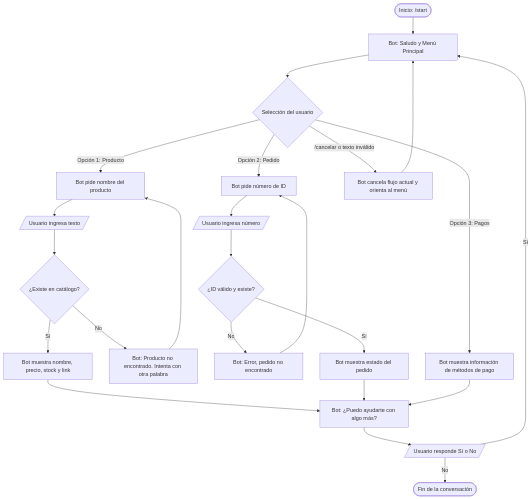
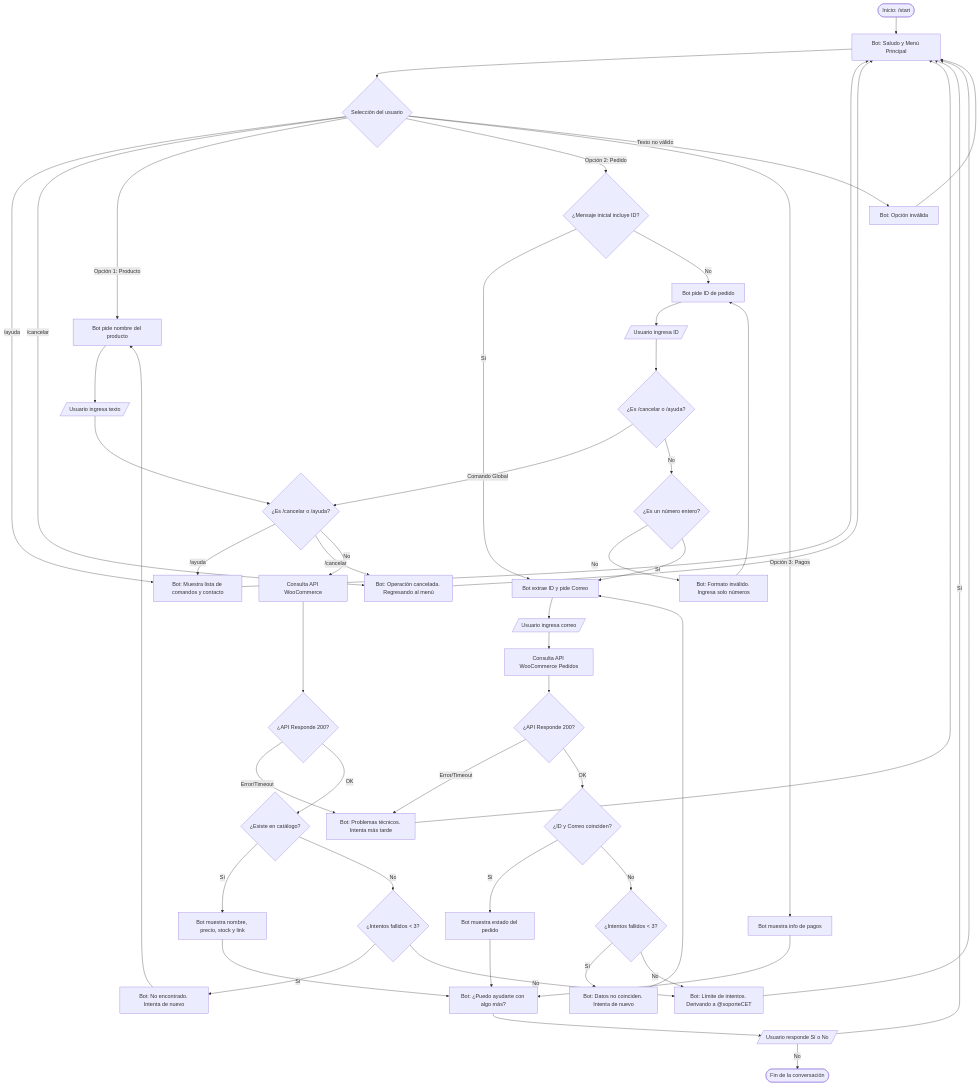
The diagram in docs/diseno-conversacional.md (Comercio-Electronico-2026/chatbot), drawn with Mermaid before and after one commit. The commit also changed other lines of this file, not shown here.

Commit message:
docs: correciones y actualizacion del documento diseño conversacional

````diff
--- a/docs/diseno-conversacional.md
+++ b/docs/diseno-conversacional.md
@@ -78,35 +77,66 @@
 ```mermaid
 flowchart TD
+    %% Inicio y Menú
     A([Inicio: /start]) --> B[Bot: Saludo y Menú Principal]
     B --> C{Selección del usuario}
-    
+
+    %% Comandos Globales
+    C -->|/ayuda| Ayuda[Bot: Muestra lista de comandos y contacto] --> B
+    C -->|/cancelar| O[Bot: Operación cancelada. Regresando al menú] --> B
+
+    %% OPCIÓN 1: PRODUCTOS
     C -->|Opción 1: Producto| D[Bot pide nombre del producto]
     D --> E[/Usuario ingresa texto/]
-    E --> F{¿Existe en catálogo?}
-    F -->|Sí| G[Bot muestra nombre, precio, stock y link]
-    F -->|No| H[Bot: Producto no encontrado. Intenta con otra palabra]
-    H --> D
-    
-    C -->|Opción 2: Pedido| I[Bot pide número de ID]
-    I --> J[/Usuario ingresa número/]
-    J --> K{¿ID válido y existe?}
-    K -->|No| L[Bot: Error, pedido no encontrado]
-    L --> I
-    K -->|Sí| M[Bot muestra estado del pedido]
-    
-    C -->|Opción 3: Pagos| N[Bot muestra información de métodos de pago]
-    
-    C -->|/cancelar o texto inválido| O[Bot cancela flujo actual y orienta al menú]
-    O --> B
-    
-    G --> P[Bot: ¿Puedo ayudarte con algo más?]
-    M --> P
-    N --> P
 
-    
-    P --> Q[/Usuario responde Sí o No/]
+    %% Intercepción Global 1
+    E --> GlobalCheck1{¿Es /cancelar o /ayuda?}
+    GlobalCheck1 -->|/ayuda| Ayuda
+    GlobalCheck1 -->|/cancelar| O
+    GlobalCheck1 -->|No| F_API_Call1[Consulta API WooCommerce]
+
+    %% Validación API Productos
+    F_API_Call1 --> F_API_Status1{¿API Responde 200?}
+    F_API_Status1 -->|Error/Timeout| API_Fail[Bot: Problemas técnicos. Intenta más tarde] --> B
+    F_API_Status1 -->|OK| F{¿Existe en catálogo?}
+
+    F -->|Sí| G[Bot muestra nombre, precio, stock y link] --> P
+    F -->|No| H_Count1{¿Intentos fallidos < 3?}
+    H_Count1 -->|Sí| H[Bot: No encontrado. Intenta de nuevo] --> D
+    H_Count1 -->|No| DerivarHumano[Bot: Límite de intentos. Derivando a @soporteCET] --> B
+
+    %% OPCIÓN 2: PEDIDOS (Slot Filling + Doble Factor)
+    C -->|Opción 2: Pedido| SlotCheck{¿Mensaje inicial incluye ID?}
+    SlotCheck -->|Sí| I_Correo[Bot extrae ID y pide Correo]
+    SlotCheck -->|No| I[Bot pide ID de pedido]
+    I --> J1[/Usuario ingresa ID/]
+
+    %% Intercepción Global 2 y Formato
+    J1 --> GlobalCheck2{¿Es /cancelar o /ayuda?}
+    GlobalCheck2 -->|Comando Global| GlobalCheck1
+    GlobalCheck2 -->|No| ValidaFormato{¿Es un número entero?}
+    ValidaFormato -->|No| FormatErr[Bot: Formato inválido. Ingresa solo números] --> I
+    ValidaFormato -->|Sí| I_Correo
+
+    I_Correo --> J2[/Usuario ingresa correo/]
+    J2 --> F_API_Call2[Consulta API WooCommerce Pedidos]
+
+    %% Validación API Pedidos
+    F_API_Call2 --> F_API_Status2{¿API Responde 200?}
+    F_API_Status2 -->|Error/Timeout| API_Fail
+    F_API_Status2 -->|OK| K{¿ID y Correo coinciden?}
+
+    K -->|Sí| M[Bot muestra estado del pedido] --> P
+    K -->|No| H_Count2{¿Intentos fallidos < 3?}
+    H_Count2 -->|Sí| L[Bot: Datos no coinciden. Intenta de nuevo] --> I_Correo
+    H_Count2 -->|No| DerivarHumano
+
+    %% OPCIÓN 3: PAGOS
+    C -->|Opción 3: Pagos| N[Bot muestra info de pagos] --> P
+
+    %% Cierre
+    C -->|Texto no válido| ErrMsg[Bot: Opción inválida] --> B
+
+    P[Bot: ¿Puedo ayudarte con algo más?] --> Q[/Usuario responde Sí o No/]
     Q -->|Sí| B
     Q -->|No| R([Fin de la conversación])
-
-
 ```
````
